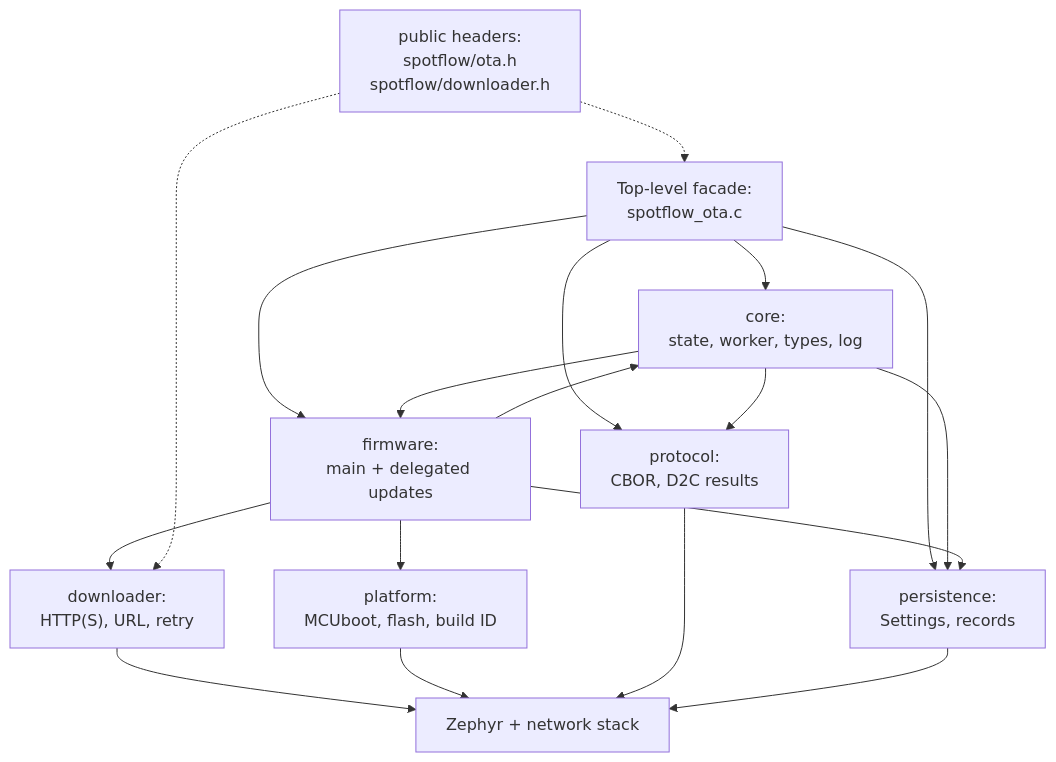
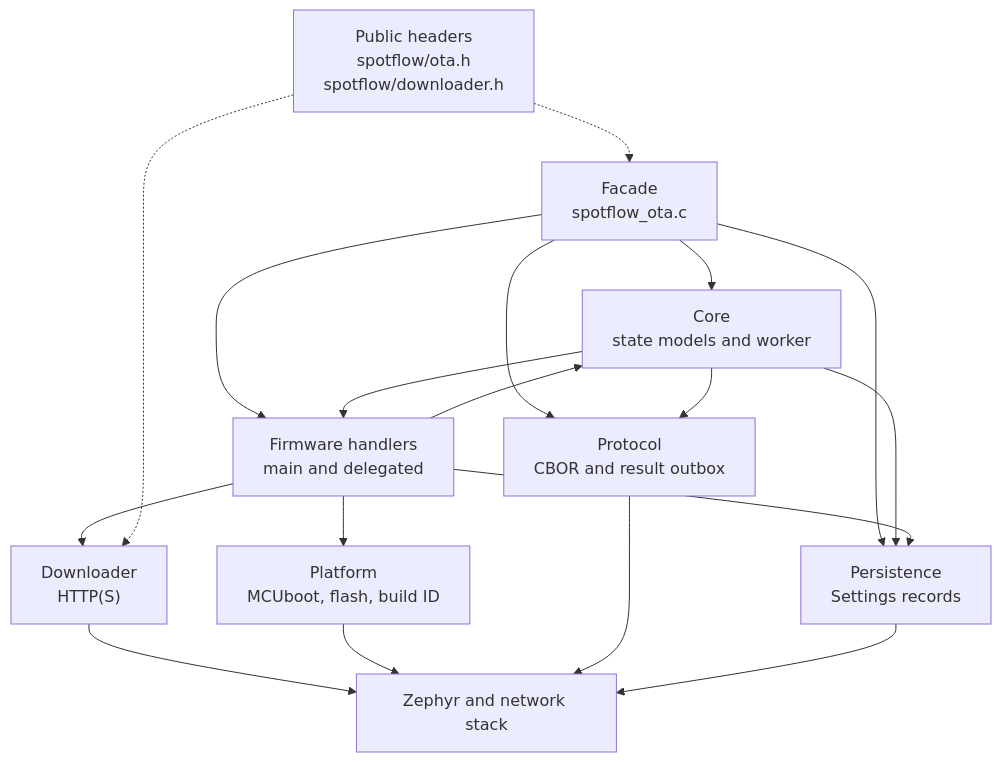
One commit to spotflow-io/device-sdk changed the seventh of 10 diagrams in zephyr/docs/ota.md. Above: the diagram before and after it, drawn with Mermaid. The commit also changed other lines of this file, not shown here.

Commit message:
Redo OTA design and implementation description

````diff
--- a/zephyr/docs/ota.md
+++ b/zephyr/docs/ota.md
@@ -529,34 +361,30 @@
 ```mermaid
 flowchart TD
-    facade["Top-level facade:\nspotflow_ota.c"]
-    core["core:\nstate, worker, types, log"]
-    protocol["protocol:\nCBOR, D2C results"]
-    persistence["persistence:\nSettings, records"]
-    downloader["downloader:\nHTTP(S), URL, retry"]
-    firmware["firmware:\nmain + delegated updates"]
-    platform["platform:\nMCUboot, flash, build ID"]
-    public["public headers:\nspotflow/ota.h\nspotflow/downloader.h"]
-    zephyr["Zephyr + network stack"]
+    facade["Facade<br/>spotflow_ota.c"]
+    core["Core<br/>state models and worker"]
+    protocol["Protocol<br/>CBOR and result outbox"]
+    persistence["Persistence<br/>Settings records"]
+    firmware["Firmware handlers<br/>main and delegated"]
+    downloader["Downloader<br/>HTTP(S)"]
+    platform["Platform<br/>MCUboot, flash, build ID"]
+    public["Public headers<br/>spotflow/ota.h<br/>spotflow/downloader.h"]
+    zephyr["Zephyr and network stack"]
 
     facade --> core
     facade --> protocol
     facade --> persistence
     facade --> firmware
-
     core --> protocol
     core --> persistence
     core --> firmware
-
     firmware --> downloader
     firmware --> platform
     firmware --> persistence
     firmware --> core
-
     downloader --> zephyr
     platform --> zephyr
     protocol --> zephyr
     persistence --> zephyr
-
     public -.-> facade
     public -.-> downloader
 ```
````
